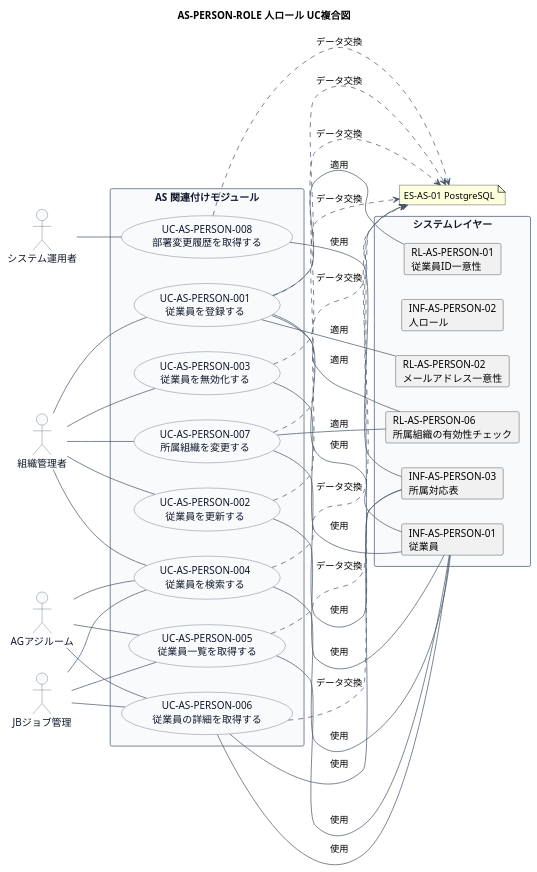
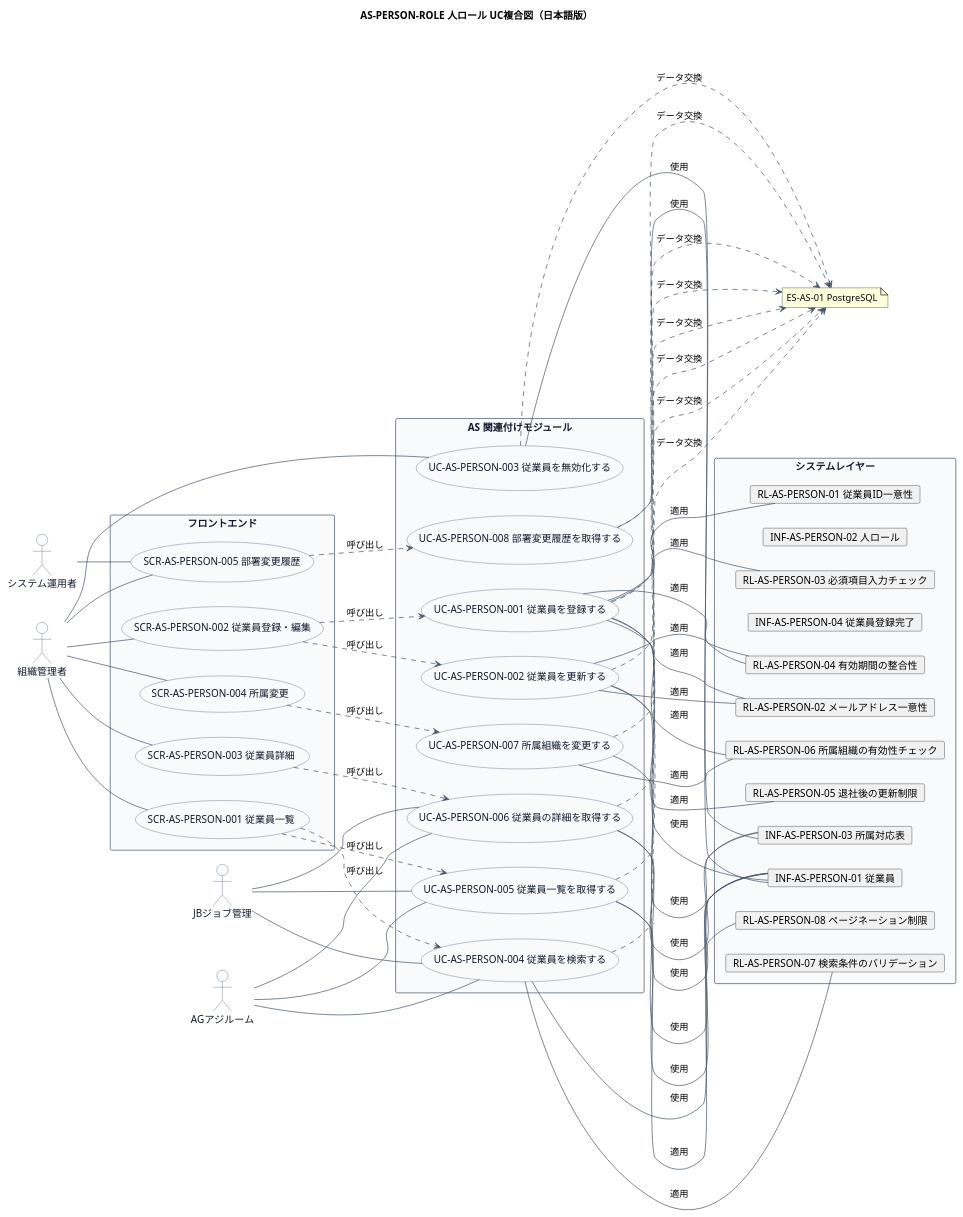
One commit to mizo432/modulith-learning changed the second of 2 diagrams in docs/22 要件定義書/AS 関連付け/03 機能要件/AS-PERSON-ROLE 人ロール/03.システム境界/UC複合図.md. Above: the diagram before and after it, drawn with PlantUML. The commit also changed other lines of this file and 403 other files, not shown here.

First line of the commit message:
docs: AS関連付け事業領域のRDRAフェーズ2完了 - UC複合図、情報属性一覧の追加・修正

````diff
--- a/docs/22 要件定義書/AS 関連付け/03 機能要件/AS-PERSON-ROLE 人ロール/03.システム境界/UC複合図.md
+++ b/docs/22 要件定義書/AS 関連付け/03 機能要件/AS-PERSON-ROLE 人ロール/03.システム境界/UC複合図.md
@@ -11,6 +133,6 @@
 ```plantuml
 @startuml
-title AS-PERSON-ROLE 人ロール UC複合図
+title AS-PERSON-ROLE 人ロール UC複合図（日本語版）
 left to right direction
 
 skinparam usecase {
@@ -38,38 +160,62 @@
 
 note "ES-AS-01 PostgreSQL" as ES01
 
+rectangle "フロントエンド" {
+  usecase "SCR-AS-PERSON-001 従業員一覧" as SCR001
+  usecase "SCR-AS-PERSON-002 従業員登録・編集" as SCR002
+  usecase "SCR-AS-PERSON-003 従業員詳細" as SCR003
+  usecase "SCR-AS-PERSON-004 所属変更" as SCR004
+  usecase "SCR-AS-PERSON-005 部署変更履歴" as SCR005
+}
+
 rectangle "AS 関連付けモジュール" {
-  usecase "UC-AS-PERSON-001\n従業員を登録する" as UC001
-  usecase "UC-AS-PERSON-002\n従業員を更新する" as UC002
-  usecase "UC-AS-PERSON-003\n従業員を無効化する" as UC003
-  usecase "UC-AS-PERSON-004\n従業員を検索する" as UC004
-  usecase "UC-AS-PERSON-005\n従業員一覧を取得する" as UC005
-  usecase "UC-AS-PERSON-006\n従業員の詳細を取得する" as UC006
-  usecase "UC-AS-PERSON-007\n所属組織を変更する" as UC007
-  usecase "UC-AS-PERSON-008\n部署変更履歴を取得する" as UC008
+  usecase "UC-AS-PERSON-001 従業員を登録する" as UC001
+  usecase "UC-AS-PERSON-002 従業員を更新する" as UC002
+  usecase "UC-AS-PERSON-003 従業員を無効化する" as UC003
+  usecase "UC-AS-PERSON-004 従業員を検索する" as UC004
+  usecase "UC-AS-PERSON-005 従業員一覧を取得する" as UC005
+  usecase "UC-AS-PERSON-006 従業員の詳細を取得する" as UC006
+  usecase "UC-AS-PERSON-007 所属組織を変更する" as UC007
+  usecase "UC-AS-PERSON-008 部署変更履歴を取得する" as UC008
 }
 
 rectangle "システムレイヤー" {
-  card "INF-AS-PERSON-01\n従業員" as INF01
-  card "INF-AS-PERSON-02\n人ロール" as INF02
-  card "INF-AS-PERSON-03\n所属対応表" as INF03
-  card "RL-AS-PERSON-01\n従業員ID一意性" as RL01
-  card "RL-AS-PERSON-02\nメールアドレス一意性" as RL02
-  card "RL-AS-PERSON-06\n所属組織の有効性チェック" as RL06
+  card "INF-AS-PERSON-01 従業員" as INF01
+  card "INF-AS-PERSON-02 人ロール" as INF02
+  card "INF-AS-PERSON-03 所属対応表" as INF03
+  card "INF-AS-PERSON-04 従業員登録完了" as INF04
+  card "RL-AS-PERSON-01 従業員ID一意性" as RL01
+  card "RL-AS-PERSON-02 メールアドレス一意性" as RL02
+  card "RL-AS-PERSON-03 必須項目入力チェック" as RL03
+  card "RL-AS-PERSON-04 有効期間の整合性" as RL04
+  card "RL-AS-PERSON-05 退社後の更新制限" as RL05
+  card "RL-AS-PERSON-06 所属組織の有効性チェック" as RL06
+  card "RL-AS-PERSON-07 検索条件のバリデーション" as RL07
+  card "RL-AS-PERSON-08 ページネーション制限" as RL08
 }
 
-Admin -- UC001
-Admin -- UC002
-Admin -- UC003
-Admin -- UC004
-Admin -- UC007
-Operator -- UC008
+Admin -- SCR001
+Admin -- SCR002
+Admin -- SCR003
+Admin -- SCR004
+Admin -- SCR005
+Operator -- SCR005
 JB -- UC004
 JB -- UC005
 JB -- UC006
 AG -- UC004
 AG -- UC005
 AG -- UC006
+
+SCR001 ..> UC004 : 呼び出し
+SCR001 ..> UC005 : 呼び出し
+SCR002 ..> UC001 : 呼び出し
+SCR002 ..> UC002 : 呼び出し
+SCR003 ..> UC006 : 呼び出し
+SCR004 ..> UC007 : 呼び出し
+SCR005 ..> UC008 : 呼び出し
+
+Admin -- UC003
 
 UC001 ..> ES01 : データ交換
 UC002 ..> ES01 : データ交換
@@ -92,7 +238,14 @@
 
 UC001 -- RL01 : 適用
 UC001 -- RL02 : 適用
+UC001 -- RL03 : 適用
+UC001 -- RL04 : 適用
 UC001 -- RL06 : 適用
+UC002 -- RL02 : 適用
+UC002 -- RL04 : 適用
+UC002 -- RL05 : 適用
+UC004 -- RL07 : 適用
+UC005 -- RL08 : 適用
 UC007 -- RL06 : 適用
 @enduml
 ```
````
